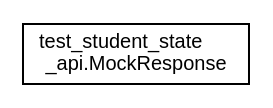
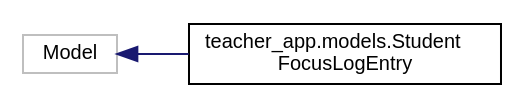
The diagram in inherit_graph_6.dot (amazonkaexpress/amazonka-doxygen), drawn with Graphviz before and after one commit. The commit also changed 48 other files, not shown here.

```diff
--- a/inherit_graph_6.dot
+++ b/inherit_graph_6.dot
@@ -1,8 +1,10 @@
 digraph "Graphical Class Hierarchy"
 {
  // LATEX_PDF_SIZE
   edge [fontname="Helvetica",fontsize="10",labelfontname="Helvetica",labelfontsize="10"];
   node [fontname="Helvetica",fontsize="10",shape=record];
   rankdir="LR";
-  Node0 [label="test_student_state\l_api.MockResponse",height=0.2,width=0.4,color="black", fillcolor="white", style="filled",URL="$classtest__student__state__api_1_1MockResponse.html",tooltip=" "];
+  Node8 [label="Model",height=0.2,width=0.4,color="grey75", fillcolor="white", style="filled",tooltip=" "];
+  Node8 -> Node0 [dir="back",color="midnightblue",fontsize="10",style="solid",fontname="Helvetica"];
+  Node0 [label="teacher_app.models.Student\lFocusLogEntry",height=0.2,width=0.4,color="black", fillcolor="white", style="filled",URL="$classteacher__app_1_1models_1_1StudentFocusLogEntry.html",tooltip=" "];
 }
```
